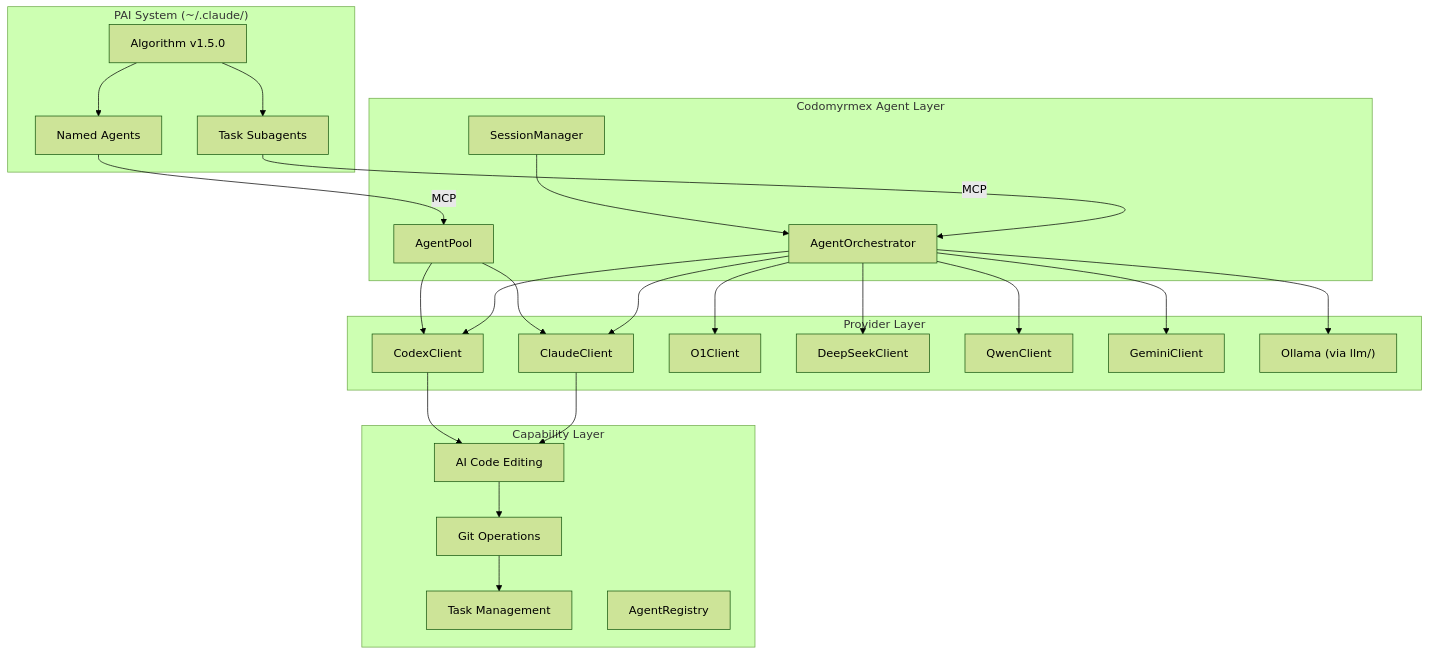
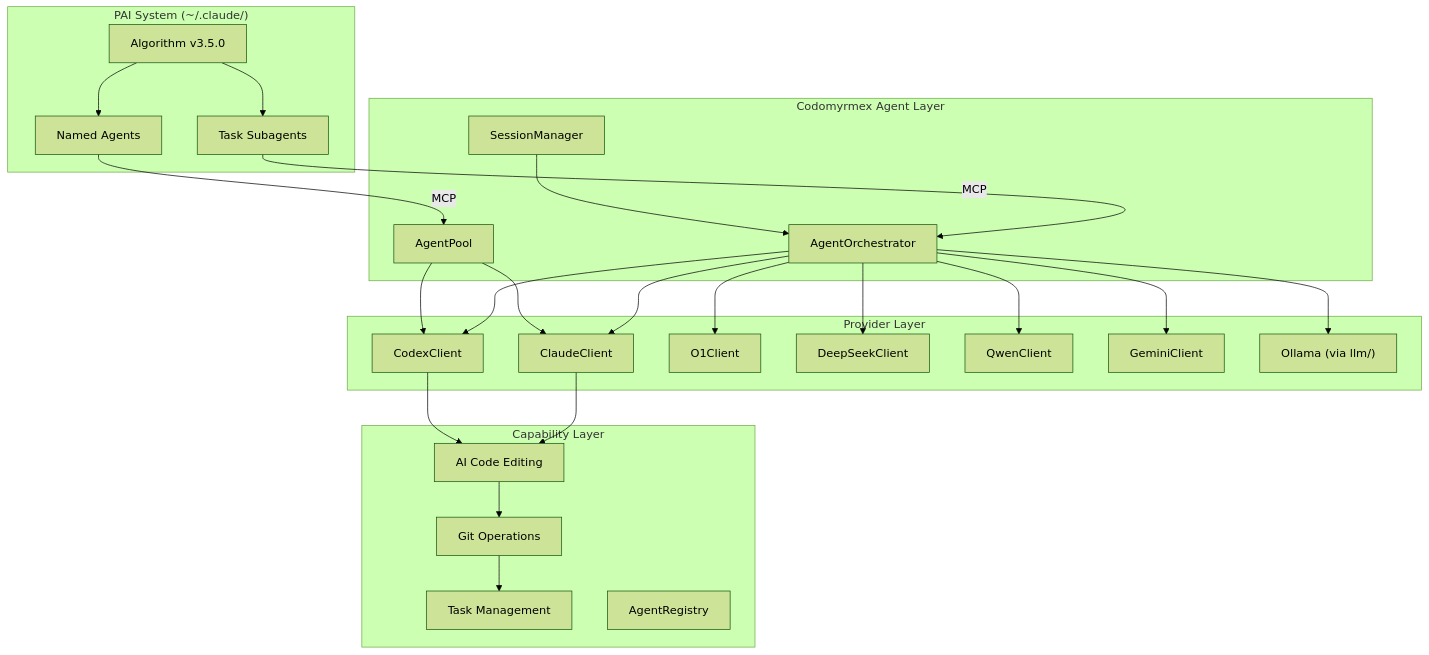
One commit to docxology/codomyrmex changed the diagram in src/codomyrmex/agents/PAI.md. Above: the diagram before and after it, drawn with Mermaid (forest theme). The commit also changed other lines of this file and 134 other files, not shown here.

````diff
--- a/src/codomyrmex/agents/PAI.md
+++ b/src/codomyrmex/agents/PAI.md
@@ -197,54 +197,54 @@
 ```mermaid
 graph TB
     subgraph paiSystem ["PAI System (~/.claude/)"]
-        Algorithm["Algorithm v1.5.0"]
+        Algorithm["Algorithm v3.5.0"]
         Subagents["Task Subagents"]
         Named["Named Agents"]
     end
 
     subgraph agentLayer ["Codomyrmex Agent Layer"]
         Orchestrator["AgentOrchestrator"]
         Pool["AgentPool"]
         Session["SessionManager"]
     end
 
     subgraph providers ["Provider Layer"]
         Claude["ClaudeClient"]
         Codex["CodexClient"]
         O1["O1Client"]
         DeepSeek["DeepSeekClient"]
         Qwen["QwenClient"]
         Gemini["GeminiClient"]
         Local["Ollama (via llm/)"]
     end
 
     subgraph capabilities ["Capability Layer"]
         CodeEdit["AI Code Editing"]
         GitAgent["Git Operations"]
         Droid["Task Management"]
         Setup["AgentRegistry"]
     end
 
     Algorithm --> Subagents
     Algorithm --> Named
     Subagents -->|"MCP"| Orchestrator
     Named -->|"MCP"| Pool
 
     Orchestrator --> Claude
     Orchestrator --> Codex
     Orchestrator --> O1
     Orchestrator --> DeepSeek
     Orchestrator --> Qwen
     Orchestrator --> Gemini
     Orchestrator --> Local
 
     Pool --> Claude
     Pool --> Codex
 
     Session --> Orchestrator
 
     Claude --> CodeEdit
     Codex --> CodeEdit
     CodeEdit --> GitAgent
     GitAgent --> Droid
 ```
````
